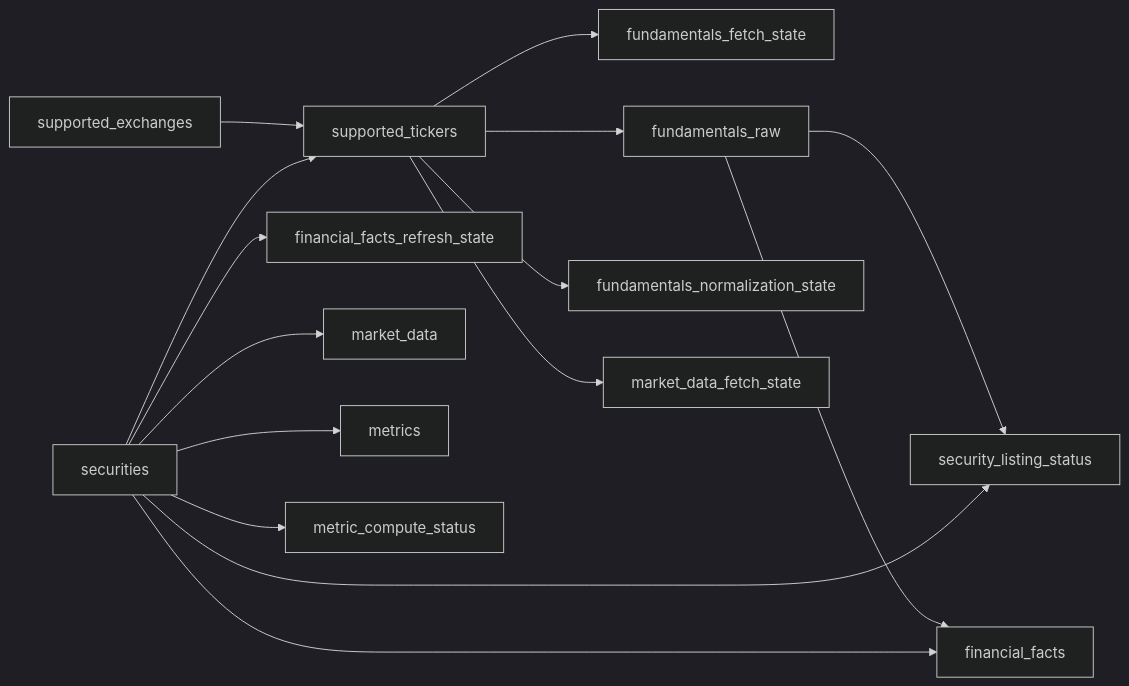
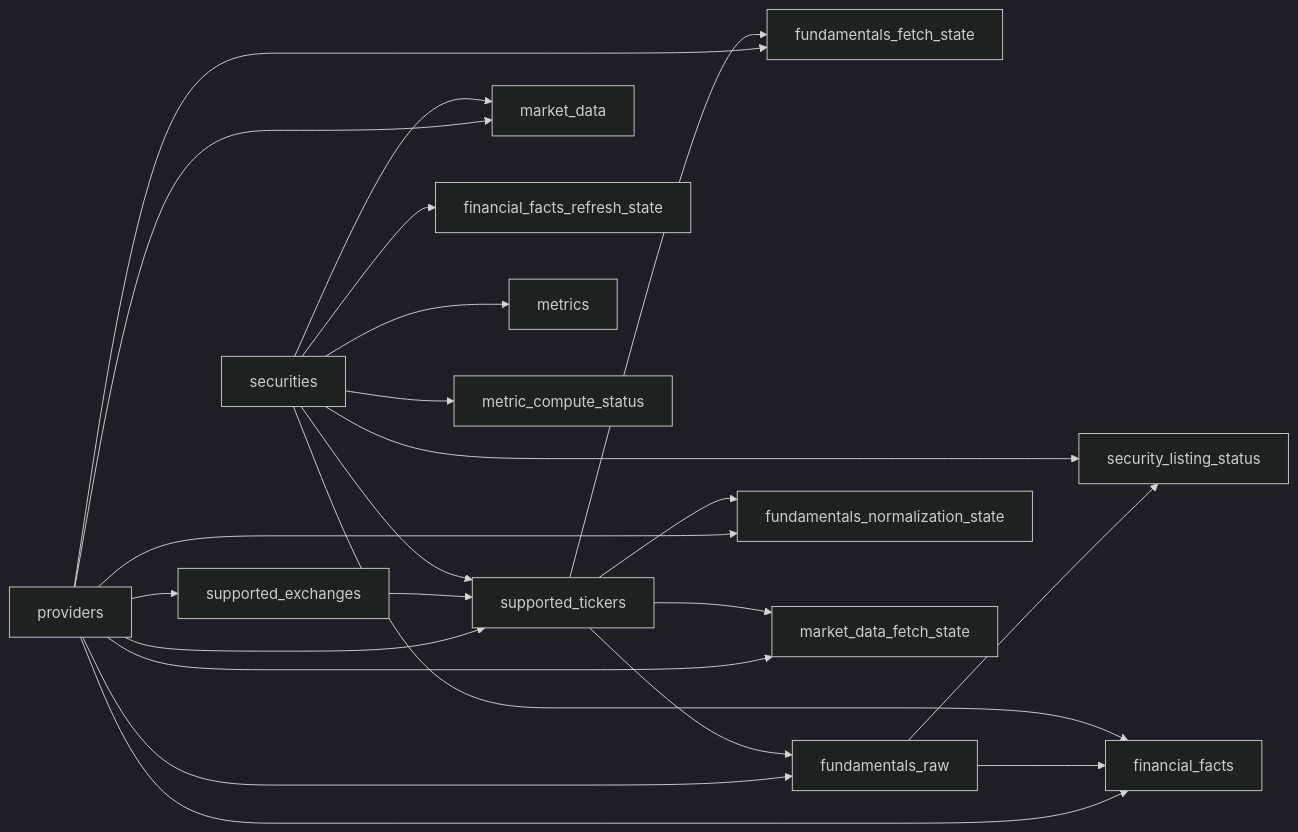
Before and after one commit to emretezel/pyvalue: the first of 2 diagrams in docs/architecture/database/relationships.md, drawn with Mermaid (dark theme). The commit also changed other lines of this file and 7 other files, not shown here.

````diff
--- a/docs/architecture/database/relationships.md
+++ b/docs/architecture/database/relationships.md
@@ -7,17 +7,25 @@
 ```mermaid
 flowchart LR
+    providers --> supported_exchanges
+    providers --> supported_tickers
+    providers --> fundamentals_fetch_state
+    providers --> fundamentals_raw
+    providers --> fundamentals_normalization_state
+    providers --> market_data_fetch_state
+    providers --> financial_facts
+    providers --> market_data
     supported_exchanges --> supported_tickers
     securities --> supported_tickers
     supported_tickers --> fundamentals_fetch_state
     supported_tickers --> fundamentals_raw
     supported_tickers --> fundamentals_normalization_state
     supported_tickers --> market_data_fetch_state
     fundamentals_raw --> security_listing_status
     securities --> security_listing_status
     fundamentals_raw --> financial_facts
     securities --> financial_facts
     securities --> financial_facts_refresh_state
     securities --> market_data
     securities --> metrics
     securities --> metric_compute_status
 ```
````
